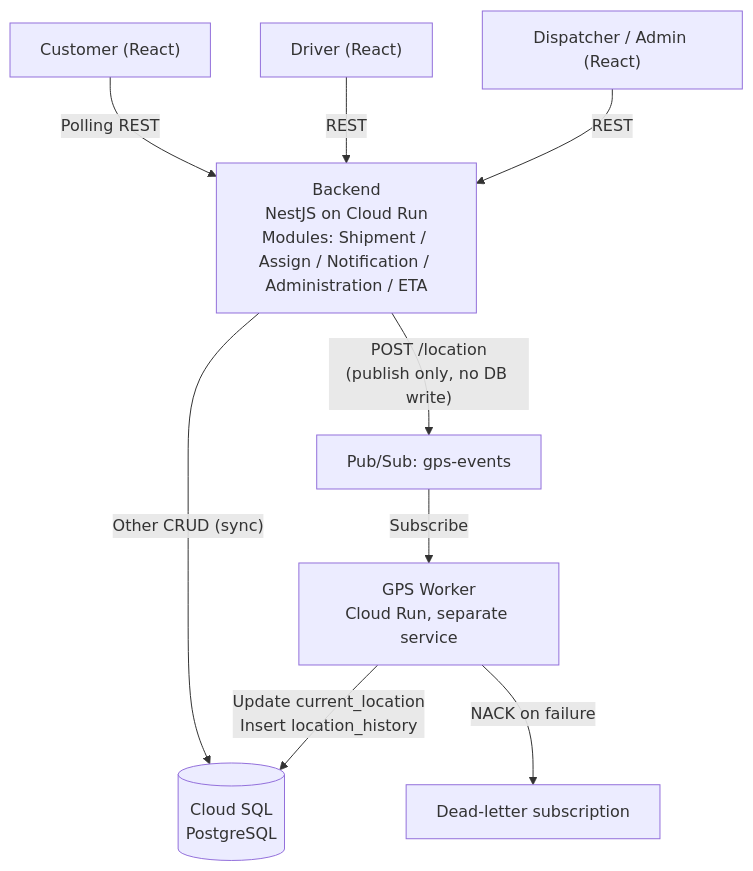
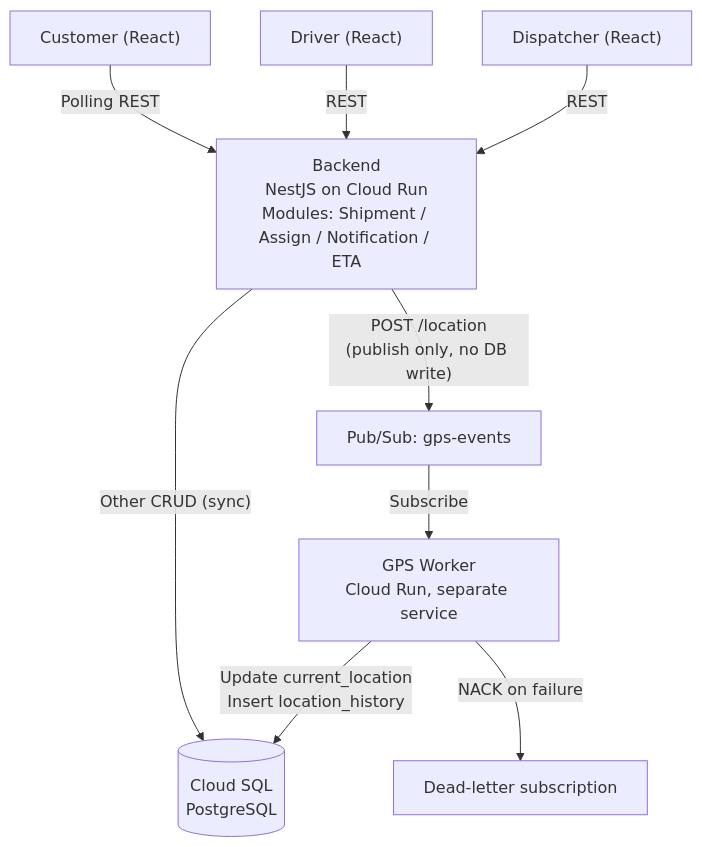
Before and after one commit to namnkahn1607/INT3326E: the diagram in README.md, drawn with Mermaid. The commit also changed other lines of this file and 22 other files, not shown here.

````diff
--- a/README.md
+++ b/README.md
@@ -74,15 +73,15 @@
 ```mermaid
 flowchart TD
     C["Customer (React)"] -- "Polling REST" --> B
     D["Driver (React)"] -- "REST" --> B
-    A["Dispatcher / Admin (React)"] -- "REST" --> B
+    A["Dispatcher (React)"] -- "REST" --> B
 
-    B["Backend<br/>NestJS on Cloud Run<br/>Modules: Shipment / Assign / Notification / Administration / ETA"]
+    B["Backend<br/>NestJS on Cloud Run<br/>Modules: Shipment / Assign / Notification / ETA"]
 
     B -- "POST /location<br/>(publish only, no DB write)" --> P["Pub/Sub: gps-events"]
     B -- "Other CRUD (sync)" --> DB[("Cloud SQL<br/>PostgreSQL")]
 
     P -- "Subscribe" --> W["GPS Worker<br/>Cloud Run, separate service"]
     W -- "Update current_location<br/>Insert location_history" --> DB
     W -- "NACK on failure" --> DLQ["Dead-letter subscription"]
 ```
````
